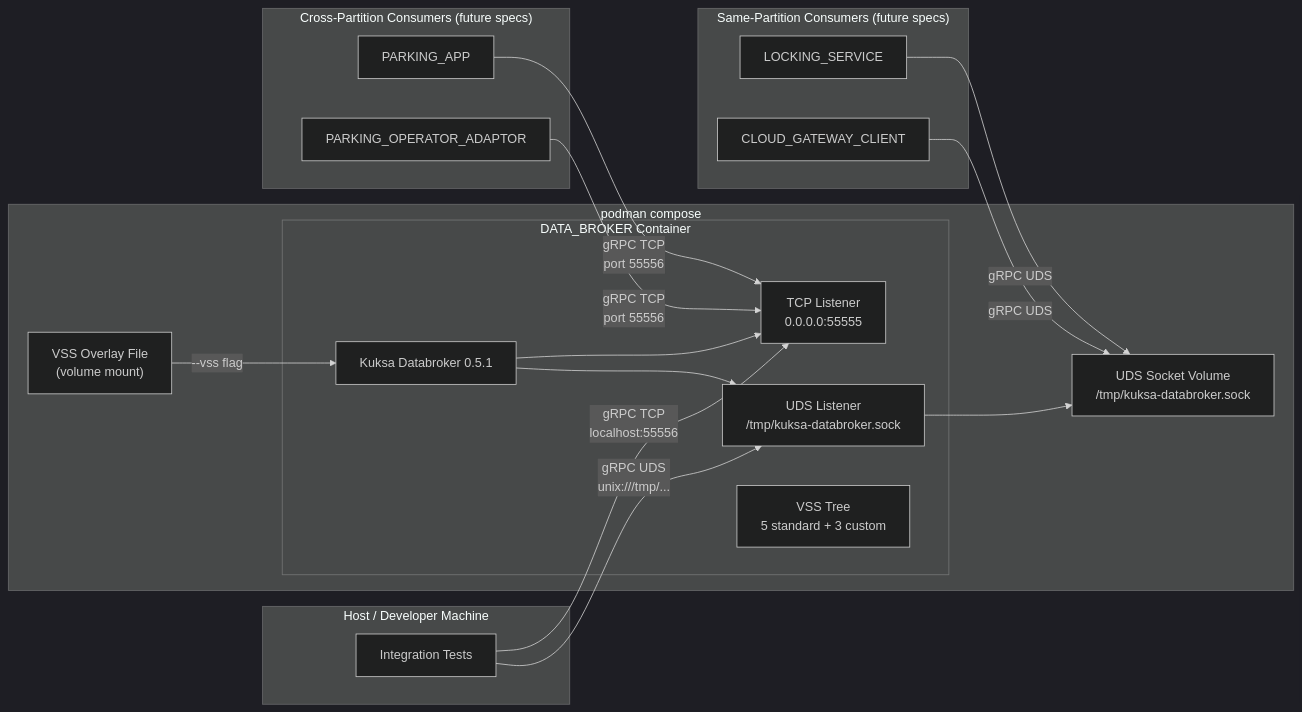
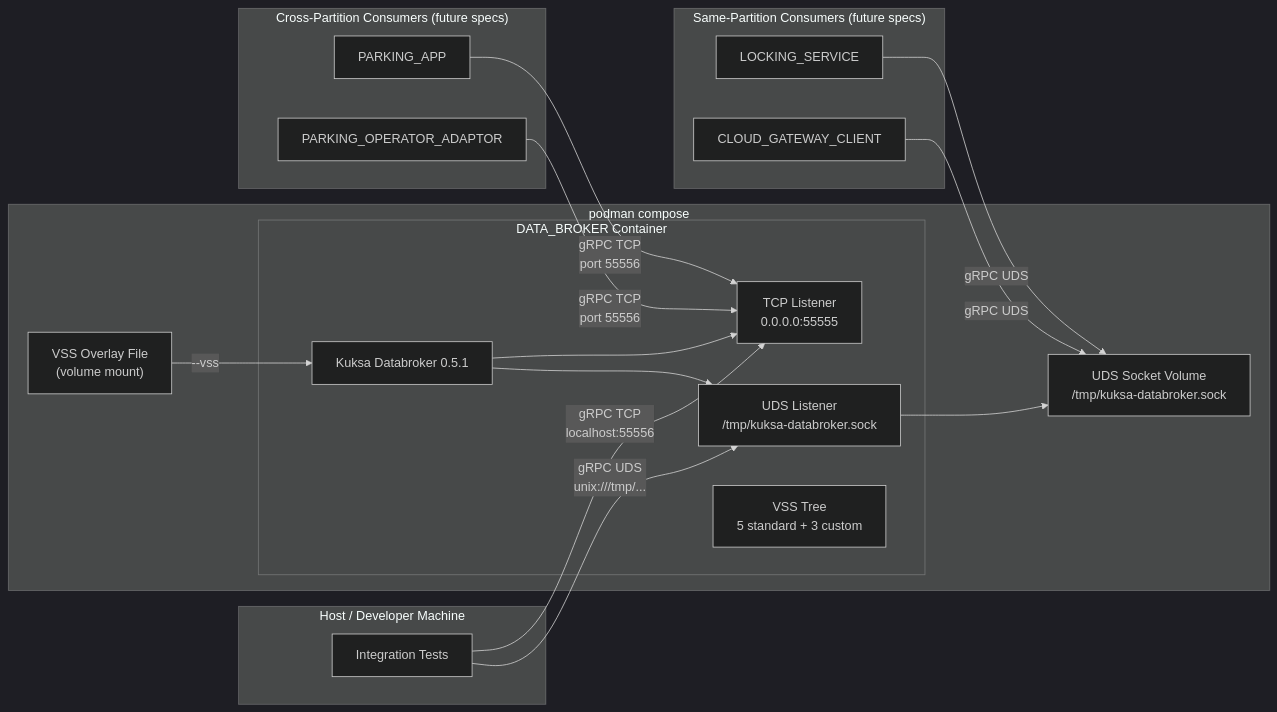
One commit to rhadp/parking-fee-service changed the diagram in .specs/02_data_broker/design.md. Above: the diagram before and after it, drawn with Mermaid (dark theme). The commit also changed other lines of this file and 5 other files, not shown here.

````diff
--- a/.specs/02_data_broker/design.md
+++ b/.specs/02_data_broker/design.md
@@ -9,40 +9,40 @@
 ```mermaid
 flowchart LR
     subgraph Host["Host / Developer Machine"]
         Tests["Integration Tests"]
     end
 
     subgraph Compose["podman compose"]
         subgraph DB["DATA_BROKER Container"]
             Kuksa["Kuksa Databroker 0.5.1"]
             TCP["TCP Listener\n0.0.0.0:55555"]
             UDS["UDS Listener\n/tmp/kuksa-databroker.sock"]
             VSS["VSS Tree\n5 standard + 3 custom"]
         end
         Overlay["VSS Overlay File\n(volume mount)"]
         Socket["UDS Socket Volume\n/tmp/kuksa-databroker.sock"]
     end
 
-    Overlay -->|"--vss flag"| Kuksa
+    Overlay -->|"--vss"| Kuksa
     Kuksa --> TCP
     Kuksa --> UDS
     UDS --> Socket
 
     Tests -->|"gRPC TCP\nlocalhost:55556"| TCP
     Tests -->|"gRPC UDS\nunix:///tmp/..."| UDS
 
     subgraph Future["Same-Partition Consumers (future specs)"]
         LS["LOCKING_SERVICE"]
         CGC["CLOUD_GATEWAY_CLIENT"]
     end
 
     subgraph FutureNet["Cross-Partition Consumers (future specs)"]
         PA["PARKING_APP"]
         POA["PARKING_OPERATOR_ADAPTOR"]
     end
 
     LS -->|"gRPC UDS"| Socket
     CGC -->|"gRPC UDS"| Socket
     PA -->|"gRPC TCP\nport 55556"| TCP
     POA -->|"gRPC TCP\nport 55556"| TCP
 ```
````
